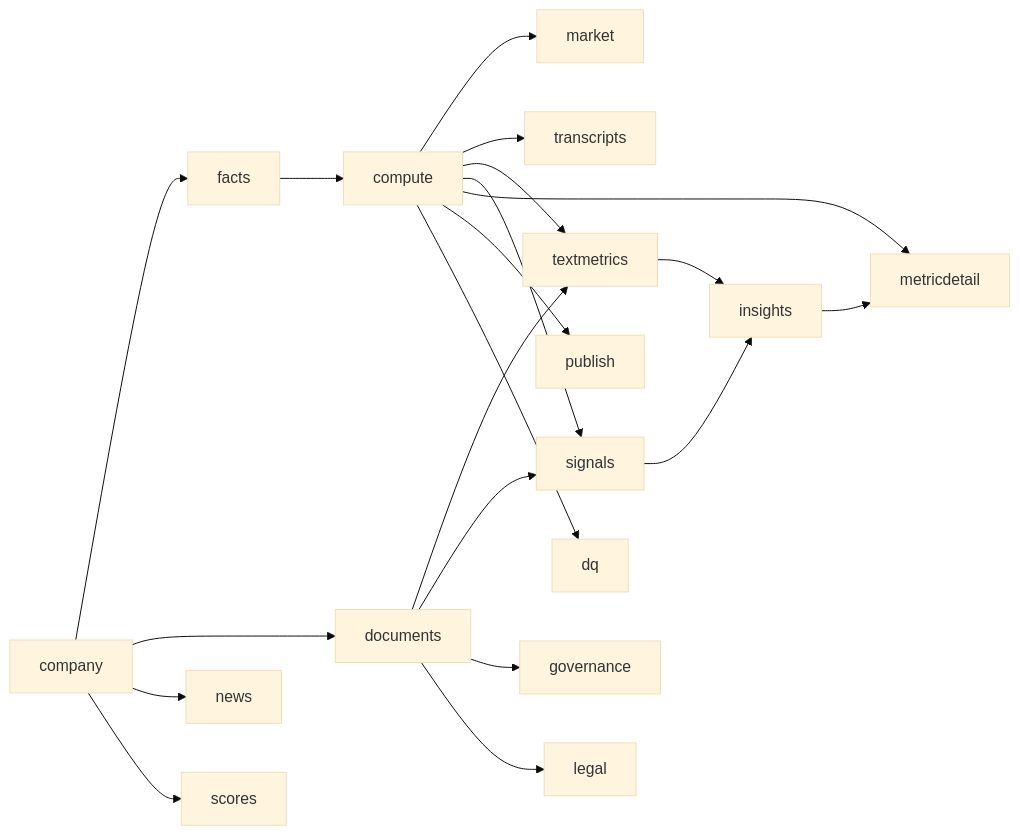
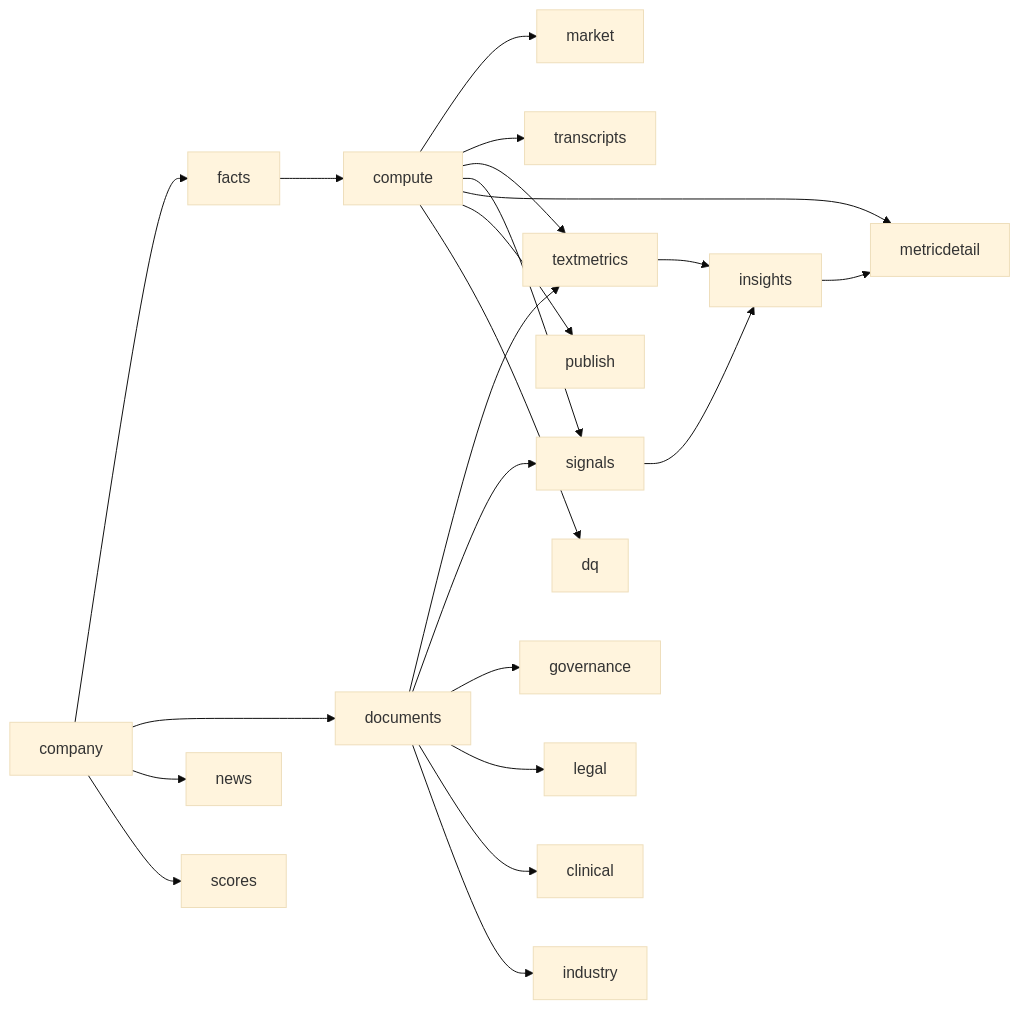
One commit to jiehuan/prof360 changed the second of 2 diagrams in docs/TECHNICAL.md. Above: the diagram before and after it, drawn with Mermaid (base theme). The commit also changed other lines of this file and 434 other files, not shown here.

````diff
--- a/docs/TECHNICAL.md
+++ b/docs/TECHNICAL.md
@@ -74,21 +75,23 @@
 ```mermaid
 flowchart LR
   company --> facts --> compute
   compute --> market
   company --> documents
   company --> news
   company --> scores
   compute --> transcripts
   compute --> textmetrics
   documents --> textmetrics
   compute --> signals
   documents --> signals
   documents --> governance
   documents --> legal
+  documents --> clinical
+  documents --> industry
   signals --> insights
   textmetrics --> insights
   insights --> metricdetail
   compute --> metricdetail
   compute --> publish
   compute --> dq
 ```
````
